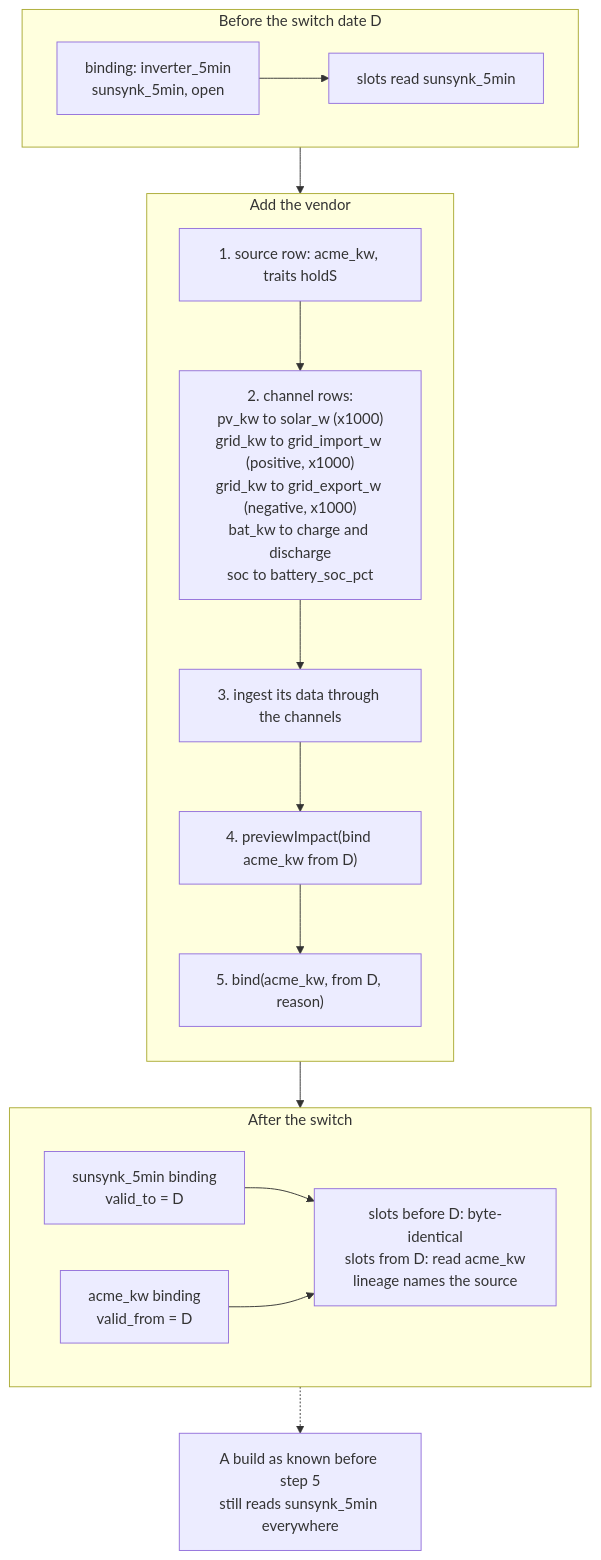
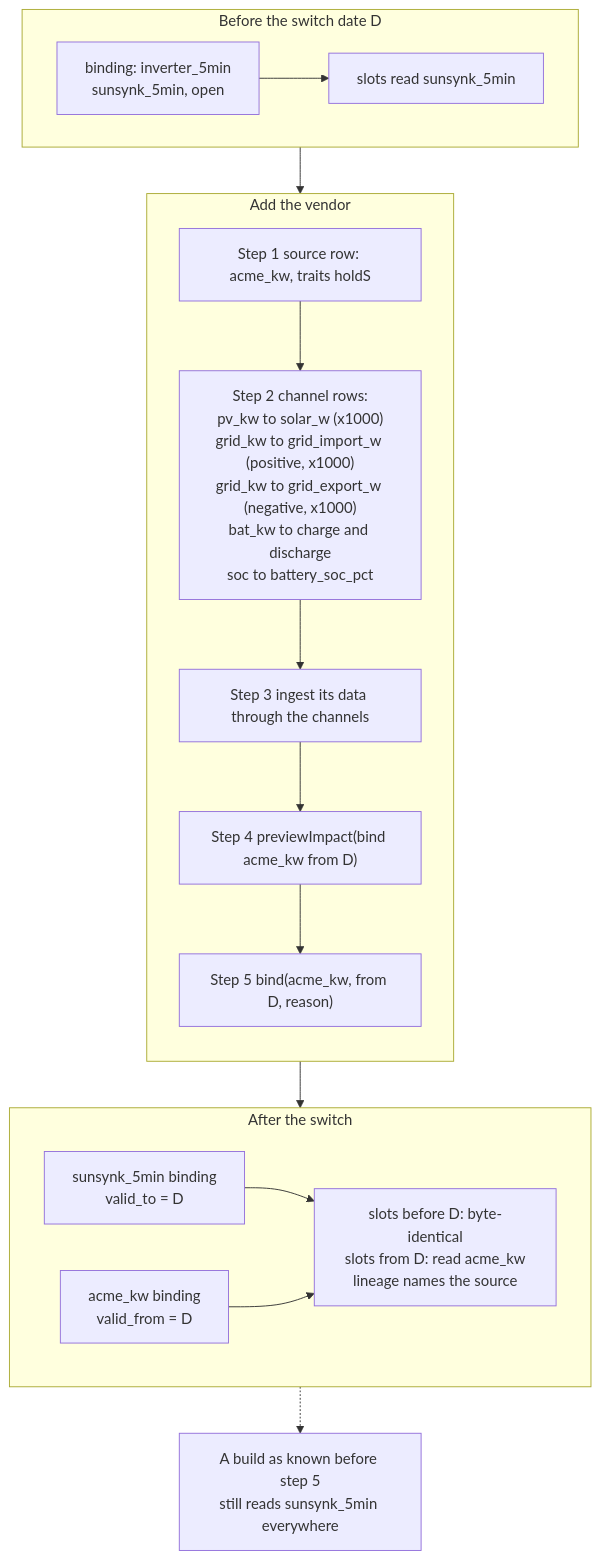
Before and after one commit to sshahriazz/energiebee-core-prototype: the seventh of 11 diagrams in docs/slot-engine-architecture.md, drawn with Mermaid. The commit also changed other lines of this file and 1 other file, not shown here.

Commit message:
Docs: diagram labels no longer start with a number and a dot (read as a Markdown list by newer Mermaid)

````diff
--- a/docs/slot-engine-architecture.md
+++ b/docs/slot-engine-architecture.md
@@ -439,33 +439,33 @@
 ```mermaid
 flowchart TB
   subgraph BEFORE["Before the switch date D"]
     direction LR
     b1["binding: inverter_5min<br/>sunsynk_5min, open"]
     b2["slots read sunsynk_5min"]
     b1 --> b2
   end
 
   subgraph STEPS["Add the vendor"]
     direction TB
-    s1["1. source row: acme_kw, traits holdS"]
-    s2["2. channel rows:<br/>pv_kw to solar_w (x1000)<br/>grid_kw to grid_import_w (positive, x1000)<br/>grid_kw to grid_export_w (negative, x1000)<br/>bat_kw to charge and discharge<br/>soc to battery_soc_pct"]
-    s3["3. ingest its data through the channels"]
-    s4["4. previewImpact(bind acme_kw from D)"]
-    s5["5. bind(acme_kw, from D, reason)"]
+    s1["Step 1 source row: acme_kw, traits holdS"]
+    s2["Step 2 channel rows:<br/>pv_kw to solar_w (x1000)<br/>grid_kw to grid_import_w (positive, x1000)<br/>grid_kw to grid_export_w (negative, x1000)<br/>bat_kw to charge and discharge<br/>soc to battery_soc_pct"]
+    s3["Step 3 ingest its data through the channels"]
+    s4["Step 4 previewImpact(bind acme_kw from D)"]
+    s5["Step 5 bind(acme_kw, from D, reason)"]
     s1 --> s2 --> s3 --> s4 --> s5
   end
 
   subgraph AFTER["After the switch"]
     direction LR
     a1["sunsynk_5min binding<br/>valid_to = D"]
     a2["acme_kw binding<br/>valid_from = D"]
     a3["slots before D: byte-identical<br/>slots from D: read acme_kw<br/>lineage names the source"]
     a1 --> a3
     a2 --> a3
   end
 
   REPLAY["A build as known before step 5<br/>still reads sunsynk_5min everywhere"]
 
   BEFORE --> STEPS --> AFTER
   AFTER -.-> REPLAY
 ```
````
